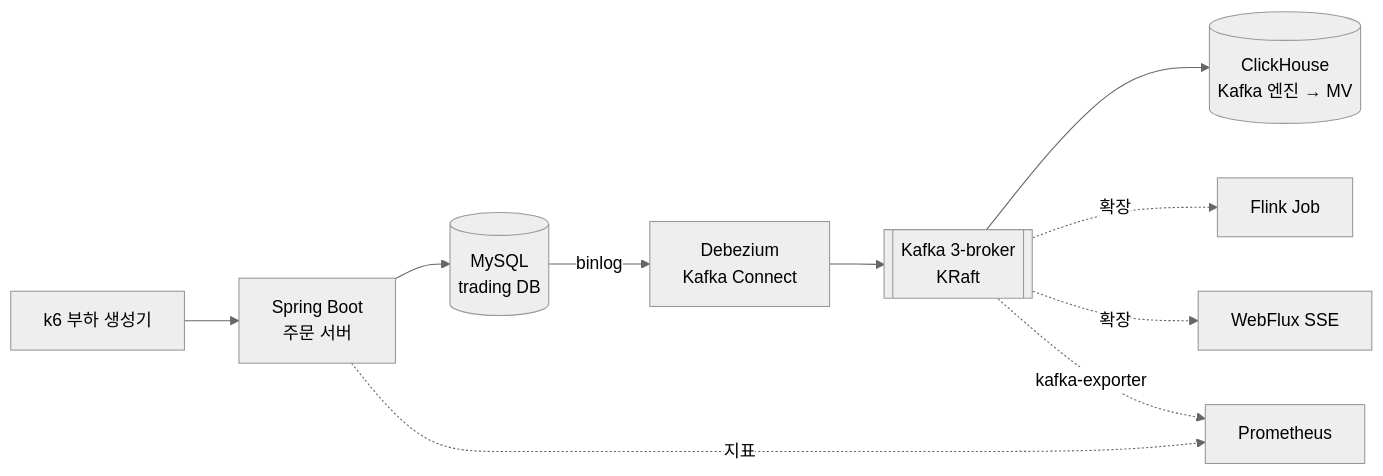
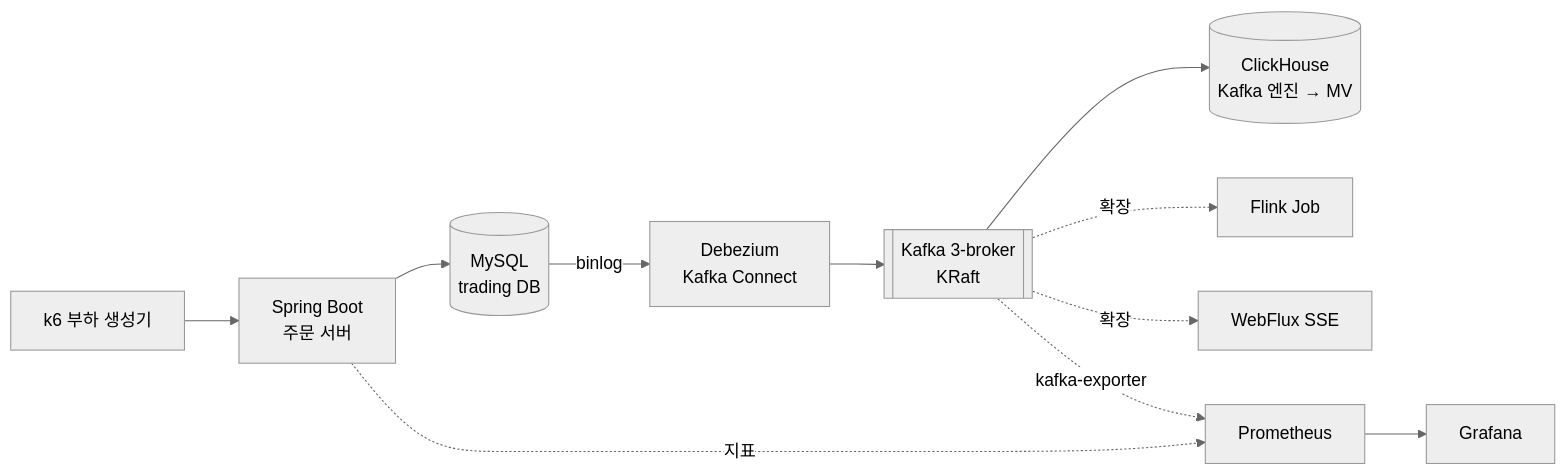
Before and after one commit to hayeon7898/mini-trading-platform: the diagram in README.md, drawn with Mermaid (neutral theme). The commit also changed other lines of this file and 8 other files, not shown here.

````diff
--- a/README.md
+++ b/README.md
@@ -36,12 +37,13 @@
 ```mermaid
 flowchart LR
     K6[k6 부하 생성기] --> OS[Spring Boot<br/>주문 서버]
     OS --> MY[(MySQL<br/>trading DB)]
     MY -- binlog --> DBZ[Debezium<br/>Kafka Connect]
     DBZ --> KF[[Kafka 3-broker<br/>KRaft]]
     KF --> CH[(ClickHouse<br/>Kafka 엔진 → MV)]
     KF -.확장.-> FL[Flink Job]
     KF -.확장.-> SSE[WebFlux SSE]
     OS -.지표.-> PR[Prometheus]
     KF -.kafka-exporter.-> PR
+    PR --> GF[Grafana]
 ```
````
